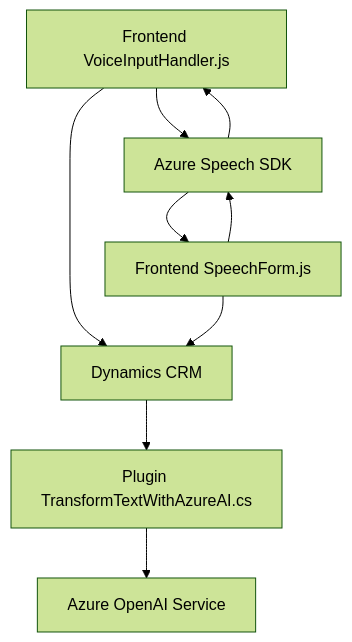
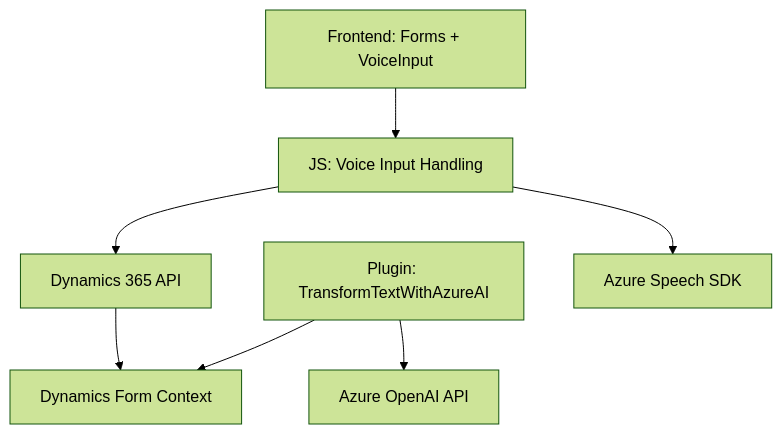
Before and after one commit to blopezdm/NETCORE_BILBAO2025: the diagram in README.md, drawn with Mermaid (forest theme). The commit also changed other lines of this file, not shown here.

````diff
--- a/README.md
+++ b/README.md
@@ -42,18 +37,17 @@
 ```mermaid
 graph TD
-  A["Frontend VoiceInputHandler.js"]
-  B["Frontend SpeechForm.js"]
-  C["Dynamics CRM"]
-  D["Plugin TransformTextWithAzureAI.cs"]
-  E["Azure Speech SDK"]
-  F["Azure OpenAI Service"]
-  
-  A --> C
-  B --> C
-  C --> D
-  A --> E
-  B --> E
-  D --> F
-  E --> A
-  E --> B
+    UI["Frontend: Forms + VoiceInput"]
+    VoiceInput["JS: Voice Input Handling"]
+    API_Dynamics["Dynamics 365 API"]
+    TextProcessing["Plugin: TransformTextWithAzureAI"]
+    AzureSpeech["Azure Speech SDK"]
+    AzureOpenAI["Azure OpenAI API"]
+    FORM["Dynamics Form Context"]
+    
+    UI --> VoiceInput
+    VoiceInput --> AzureSpeech
+    VoiceInput --> API_Dynamics
+    API_Dynamics --> FORM
+    TextProcessing --> FORM
+    TextProcessing --> AzureOpenAI
 ```
````
